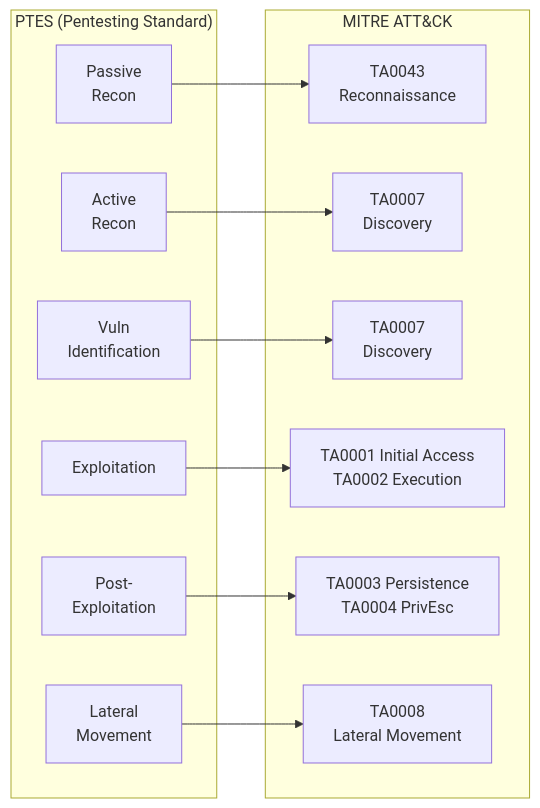
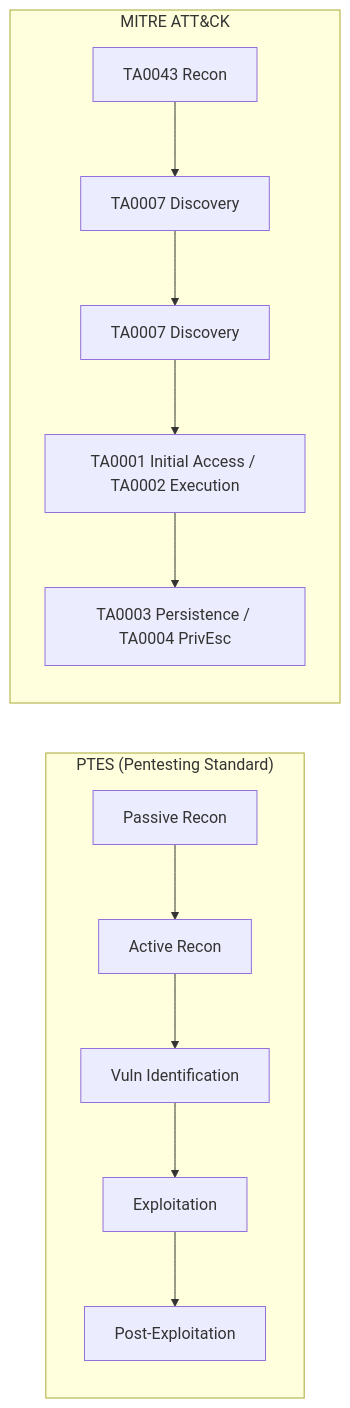
Before and after one commit to yugmerabtene/techniques-de-hacking-niveau-1: the first of 4 diagrams in JOUR-02.md, drawn with Mermaid. The commit also changed other lines of this file and 8 other files, not shown here.

````diff
--- a/JOUR-02.md
+++ b/JOUR-02.md
@@ -29,27 +36,15 @@
 ```mermaid
 flowchart LR
     subgraph PTES["PTES (Pentesting Standard)"]
-        P1["Passive<br/>Recon"]
-        P2["Active<br/>Recon"]
-        P3["Vuln<br/>Identification"]
-        P4["Exploitation"]
-        P5["Post-<br/>Exploitation"]
-        P6["Lateral<br/>Movement"]
+        P1["Passive Recon"] --> P2["Active Recon"]
+        P2 --> P3["Vuln Identification"]
+        P3 --> P4["Exploitation"]
+        P4 --> P5["Post-Exploitation"]
     end
-
     subgraph ATTACK["MITRE ATT&CK"]
-        TA1["TA0043<br/>Reconnaissance"]
-        TA2["TA0007<br/>Discovery"]
-        TA3["TA0007<br/>Discovery"]
-        TA4["TA0001 Initial Access<br/>TA0002 Execution"]
-        TA5["TA0003 Persistence<br/>TA0004 PrivEsc"]
-        TA6["TA0008<br/>Lateral Movement"]
+        TA1["TA0043 Recon"] --> TA2["TA0007 Discovery"]
+        TA2 --> TA3["TA0007 Discovery"]
+        TA3 --> TA4["TA0001 Initial Access / TA0002 Execution"]
+        TA4 --> TA5["TA0003 Persistence / TA0004 PrivEsc"]
     end
-
-    P1 --> TA1
-    P2 --> TA2
-    P3 --> TA3
-    P4 --> TA4
-    P5 --> TA5
-    P6 --> TA6
 ```
````
